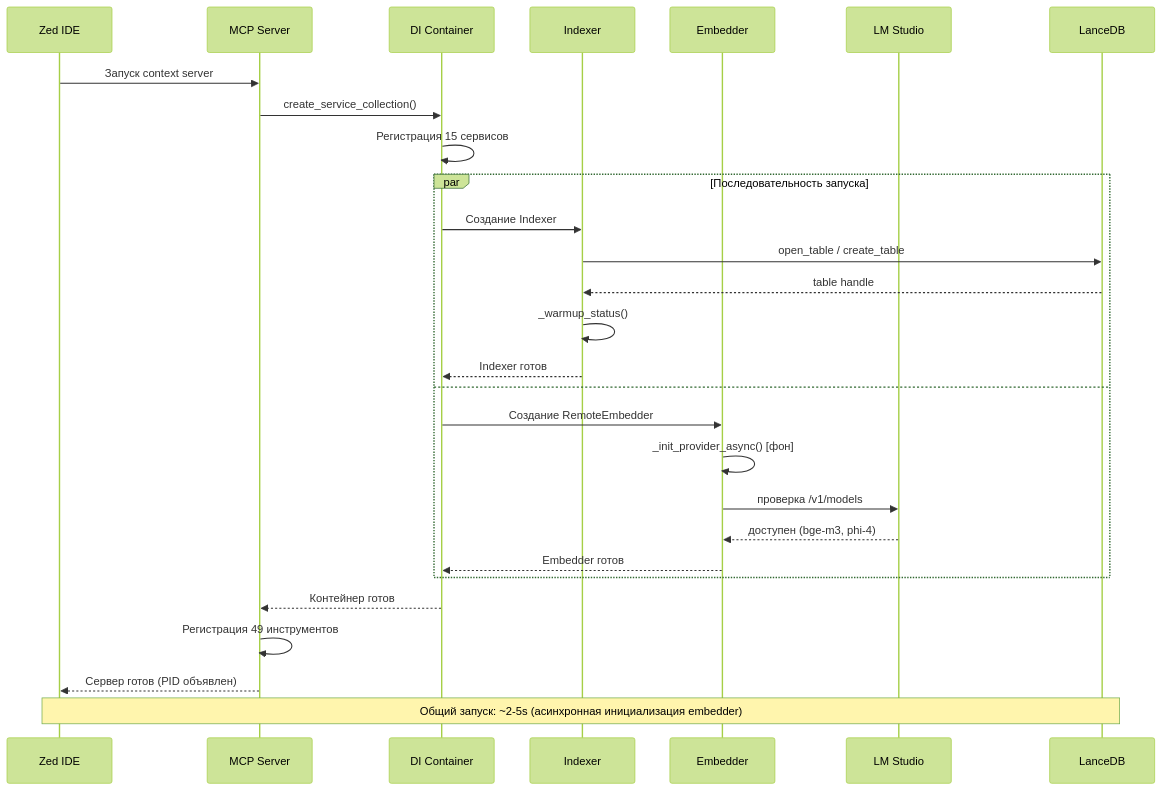
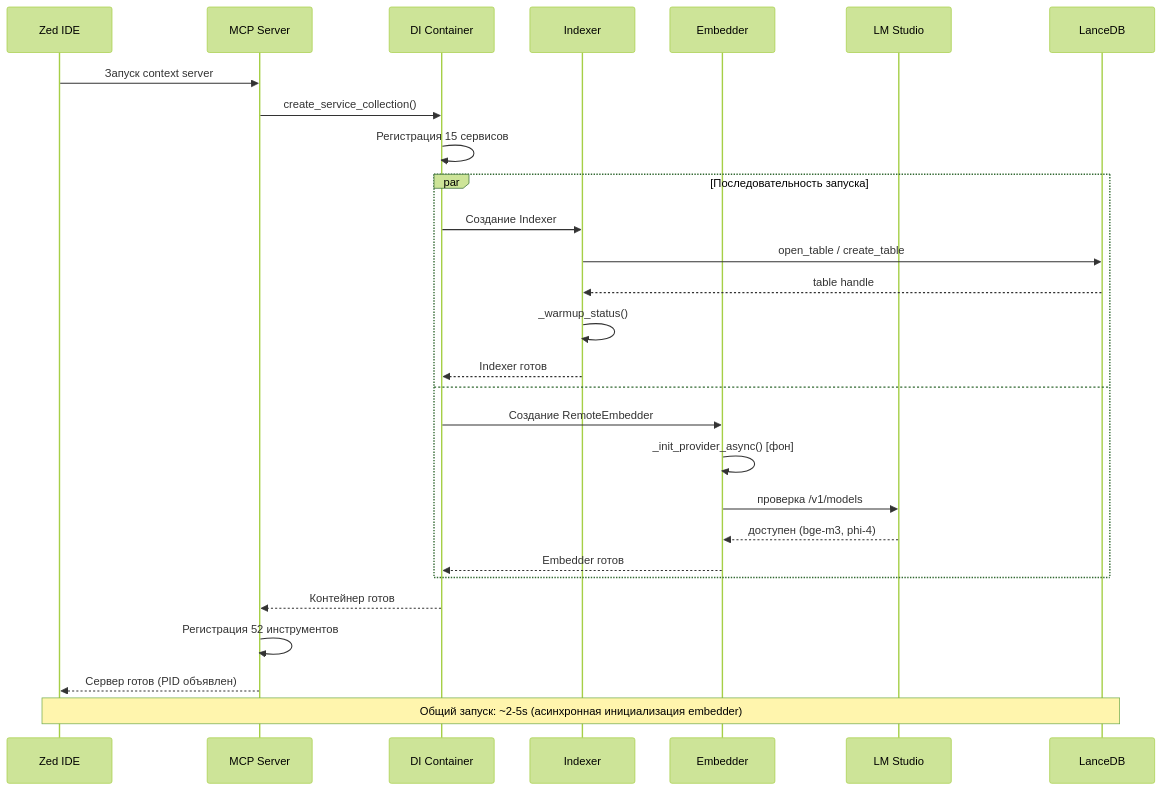
The fifth of 8 diagrams in docs/ru/ARCHITECTURE_DEEP.md (ManSio/mscodebase-intelligence), drawn with Mermaid (forest theme) before and after one commit. The commit also changed other lines of this file and 43 other files, not shown here.

````diff
--- a/docs/ru/ARCHITECTURE_DEEP.md
+++ b/docs/ru/ARCHITECTURE_DEEP.md
@@ -179,34 +179,34 @@
 ```mermaid
 sequenceDiagram
     participant Zed as Zed IDE
     participant MCP as MCP Server
     participant DI as DI Container
     participant IX as Indexer
     participant EM as Embedder
     participant LM as LM Studio
     participant DB as LanceDB
 
     Zed->>MCP: Запуск context server
     MCP->>DI: create_service_collection()
     DI->>DI: Регистрация 15 сервисов
     
     par Последовательность запуска
         DI->>IX: Создание Indexer
         IX->>DB: open_table / create_table
         DB-->>IX: table handle
         IX->>IX: _warmup_status()
         IX-->>DI: Indexer готов
     and
         DI->>EM: Создание RemoteEmbedder
         EM->>EM: _init_provider_async() [фон]
         EM->>LM: проверка /v1/models
         LM-->>EM: доступен (bge-m3, phi-4)
         EM-->>DI: Embedder готов
     end
     
     DI-->>MCP: Контейнер готов
-    MCP->>MCP: Регистрация 49 инструментов
+    MCP->>MCP: Регистрация 52 инструментов
     MCP-->>Zed: Сервер готов (PID объявлен)
     
     Note over Zed,DB: Общий запуск: ~2-5s (асинхронная инициализация embedder)
 ```
````
